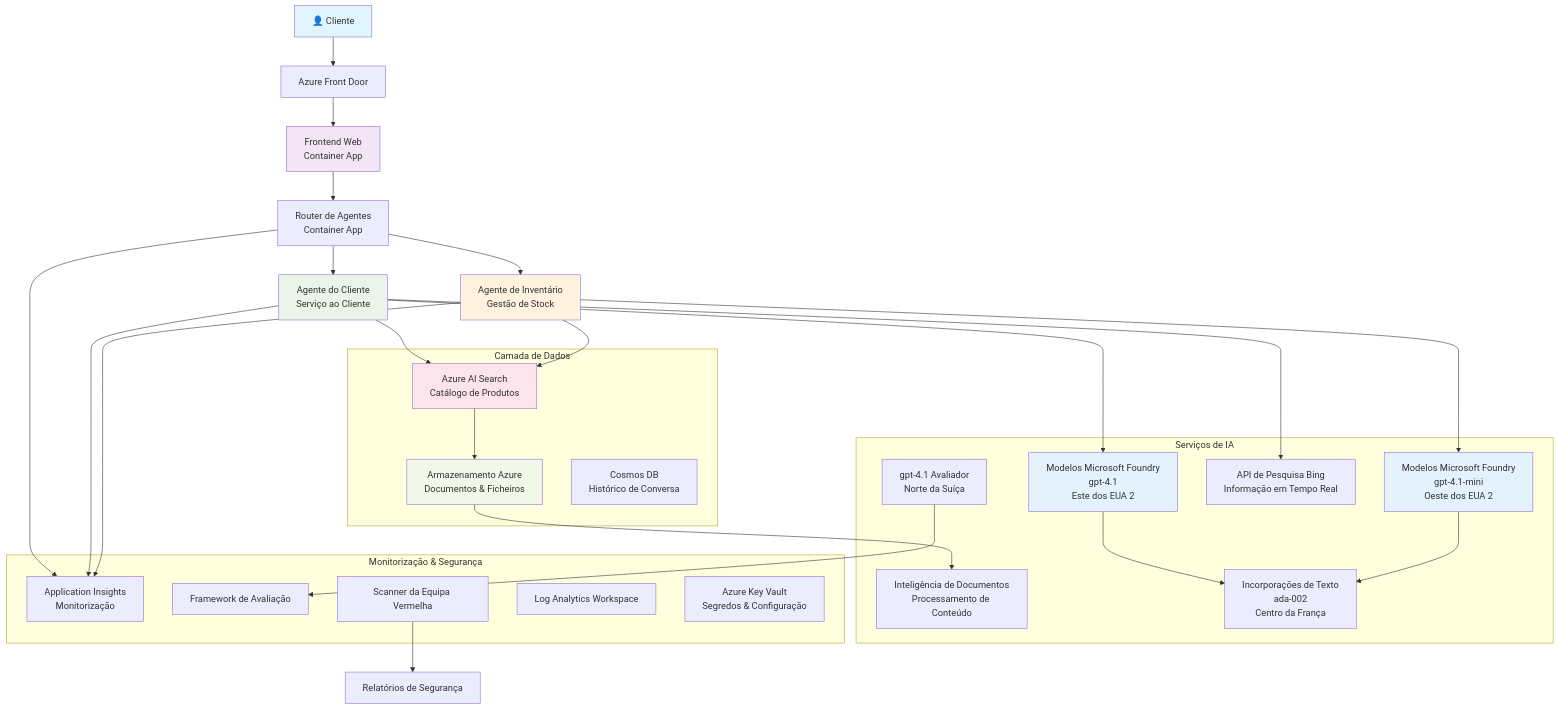
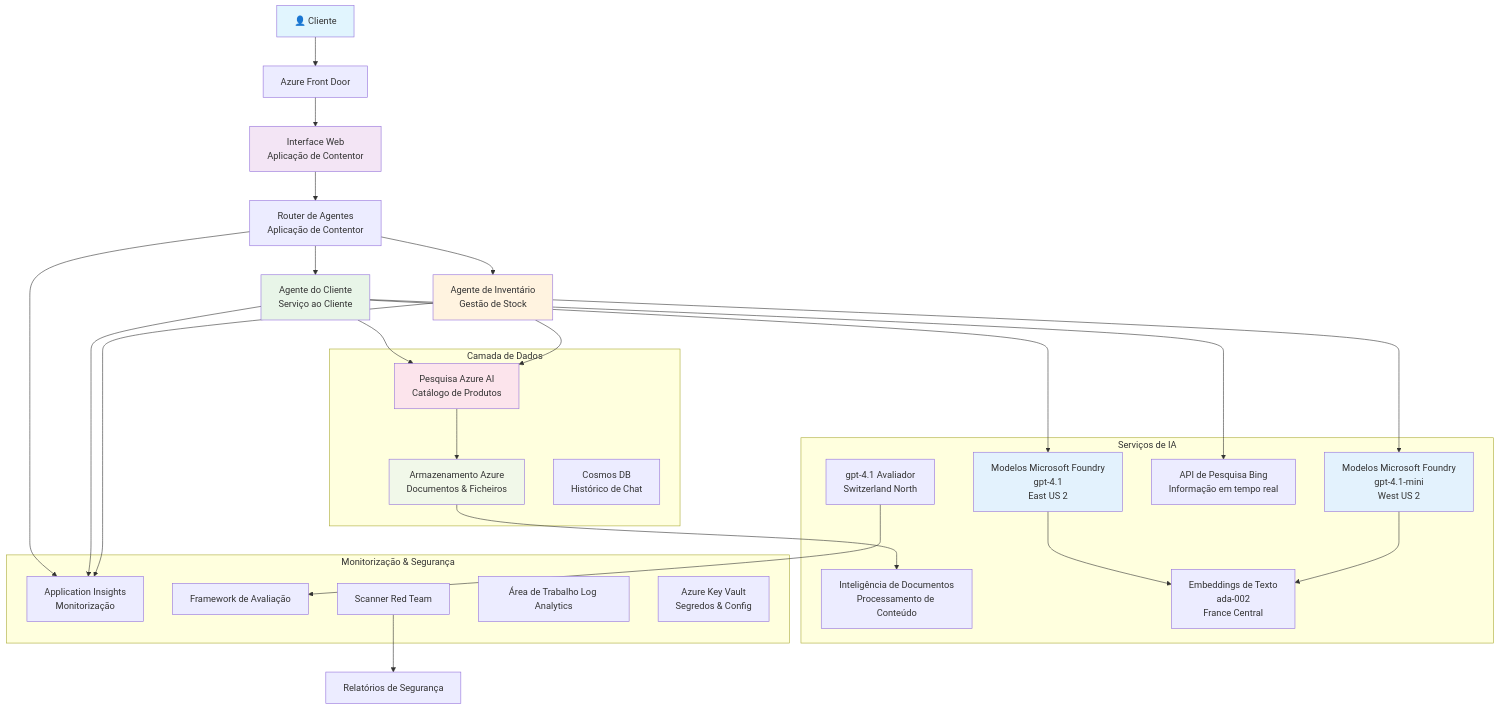
Before and after one commit to microsoft/AZD-for-beginners: the diagram in translations/pt-PT/examples/retail-scenario.md, drawn with Mermaid. The commit also changed other lines of this file and 104 other files, not shown here.

````diff
--- a/translations/pt-PT/examples/retail-scenario.md
+++ b/translations/pt-PT/examples/retail-scenario.md
@@ -139,61 +139,61 @@
 ```mermaid
 graph TB
     User[👤 Cliente] --> LB[Azure Front Door]
-    LB --> WebApp[Frontend Web<br/>Container App]
+    LB --> WebApp[Interface Web<br/>Aplicação de Contentor]
     
-    WebApp --> Router[Router de Agentes<br/>Container App]
+    WebApp --> Router[Router de Agentes<br/>Aplicação de Contentor]
     Router --> CustomerAgent[Agente do Cliente<br/>Serviço ao Cliente]
     Router --> InvAgent[Agente de Inventário<br/>Gestão de Stock]
     
-    CustomerAgent --> OpenAI1[Modelos Microsoft Foundry<br/>gpt-4.1<br/>Este dos EUA 2]
-    InvAgent --> OpenAI2[Modelos Microsoft Foundry<br/>gpt-4.1-mini<br/>Oeste dos EUA 2]
+    CustomerAgent --> OpenAI1[Modelos Microsoft Foundry<br/>gpt-4.1<br/>East US 2]
+    InvAgent --> OpenAI2[Modelos Microsoft Foundry<br/>gpt-4.1-mini<br/>West US 2]
     
-    CustomerAgent --> AISearch[Azure AI Search<br/>Catálogo de Produtos]
-    CustomerAgent --> BingSearch[API de Pesquisa Bing<br/>Informação em Tempo Real]
+    CustomerAgent --> AISearch[Pesquisa Azure AI<br/>Catálogo de Produtos]
+    CustomerAgent --> BingSearch[API de Pesquisa Bing<br/>Informação em tempo real]
     InvAgent --> AISearch
     
     AISearch --> Storage[Armazenamento Azure<br/>Documentos & Ficheiros]
     Storage --> DocIntel[Inteligência de Documentos<br/>Processamento de Conteúdo]
     
-    OpenAI1 --> Embeddings[Incorporações de Texto<br/>ada-002<br/>Centro da França]
+    OpenAI1 --> Embeddings[Embeddings de Texto<br/>ada-002<br/>France Central]
     OpenAI2 --> Embeddings
     
     Router --> AppInsights[Application Insights<br/>Monitorização]
     CustomerAgent --> AppInsights
     InvAgent --> AppInsights
     
-    GraderModel[gpt-4.1 Avaliador<br/>Norte da Suíça] --> Evaluation[Framework de Avaliação]
-    RedTeam[Scanner da Equipa Vermelha] --> SecurityReports[Relatórios de Segurança]
+    GraderModel[gpt-4.1 Avaliador<br/>Switzerland North] --> Evaluation[Framework de Avaliação]
+    RedTeam[Scanner Red Team] --> SecurityReports[Relatórios de Segurança]
     
     subgraph "Camada de Dados"
         Storage
         AISearch
-        CosmosDB[Cosmos DB<br/>Histórico de Conversa]
+        CosmosDB[Cosmos DB<br/>Histórico de Chat]
     end
     
     subgraph "Serviços de IA"
         OpenAI1
         OpenAI2
         Embeddings
         GraderModel
         DocIntel
         BingSearch
     end
     
     subgraph "Monitorização & Segurança"
         AppInsights
-        LogAnalytics[Log Analytics Workspace]
-        KeyVault[Azure Key Vault<br/>Segredos & Configuração]
+        LogAnalytics[Área de Trabalho Log Analytics]
+        KeyVault[Azure Key Vault<br/>Segredos & Config]
         RedTeam
         Evaluation
     end
     
     style User fill:#e1f5fe
     style WebApp fill:#f3e5f5
     style CustomerAgent fill:#e8f5e8
     style InvAgent fill:#fff3e0
     style OpenAI1 fill:#e3f2fd
     style OpenAI2 fill:#e3f2fd
     style AISearch fill:#fce4ec
     style Storage fill:#f1f8e9
-```  
+```
````
